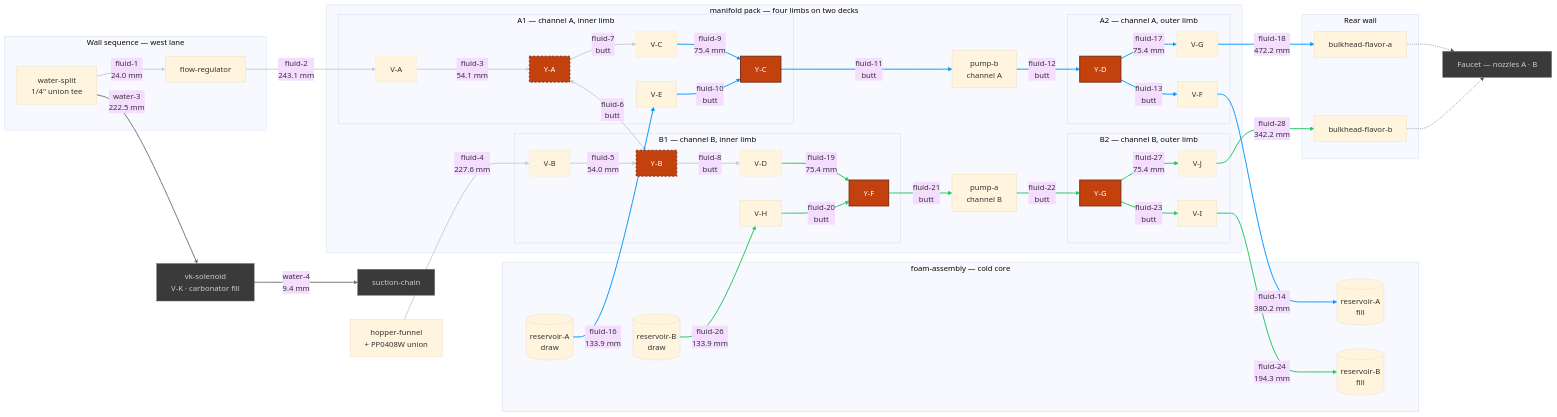
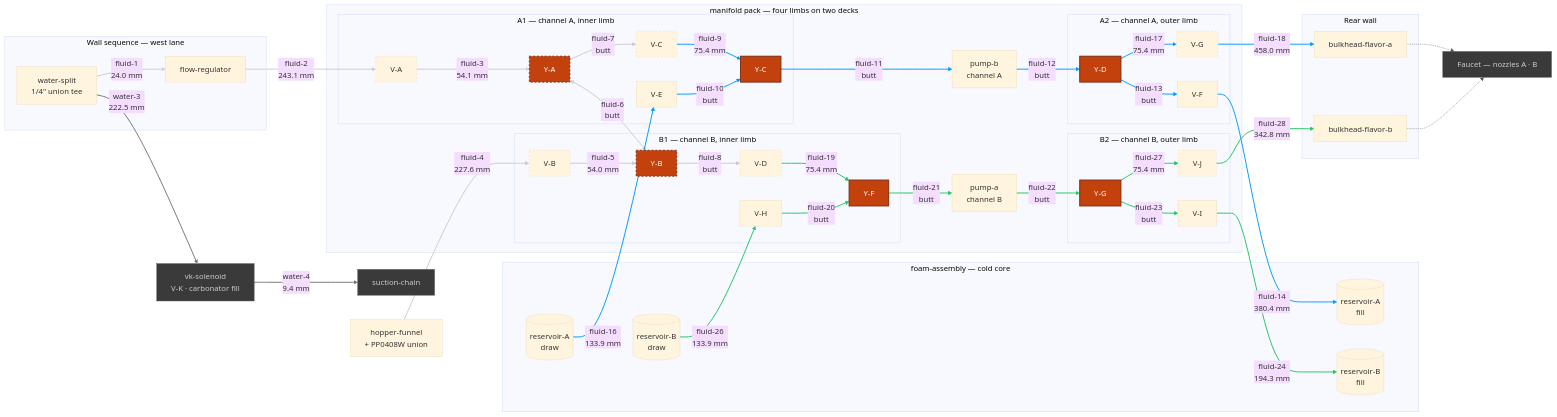
The diagram in hardware/topology/fluid-topology-manifold.mmd (derekbreden/homesodamachine), drawn with Mermaid (base theme) before and after one commit. The commit also changed 43 other files, not shown here.

```diff
--- a/hardware/topology/fluid-topology-manifold.mmd
+++ b/hardware/topology/fluid-topology-manifold.mmd
@@ -14,8 +14,8 @@
   %% [26](SEGMENT_COUNT) flavor segments. [11](BUTT_COUNT) are collet butted to collet and carry
   %% no tube at all; [9](DRAWN_COUNT) are swept runs between placed bodies; the rest are the
   %% hinge's four hairpins and the source pair's two quarter-and-step turns. What is cut comes to
-  %% [2561.1 mm](FLUID_TOTAL) of 1/4" LLDPE over [47](FLUID_BENDS) corners, and the longest is
-  %% [fluid-18](LONGEST_ID) at [472.2 mm](LONGEST_LEN). [0](OPEN_COUNT) are mouths with nothing
+  %% [2547.8 mm](FLUID_TOTAL) of 1/4" LLDPE over [47](FLUID_BENDS) corners, and the longest is
+  %% [fluid-18](LONGEST_ID) at [458.0 mm](LONGEST_LEN). [0](OPEN_COUNT) are mouths with nothing
   %% on the far end of them: EVERY FLAVOR SEGMENT IN THIS CHART IS MADE. The hopper's gravity
   %% drain is drawn like the rest — the funnel is seated in the box rather than placed in the
   %% pack, so `fluid-4` is authored after the box exists, off the same frames.
@@ -138,10 +138,10 @@
   YC -->|"fluid-11<br/>butt"| PB
   PB -->|"fluid-12<br/>butt"| YD
   YD -->|"fluid-13<br/>butt"| VF
-  VF -->|"fluid-14<br/>380.2 mm"| ResAFill
+  VF -->|"fluid-14<br/>380.4 mm"| ResAFill
   ResA -->|"fluid-16<br/>133.9 mm"| VE
   YD -->|"fluid-17<br/>75.4 mm"| VG
-  VG -->|"fluid-18<br/>472.2 mm"| BhA
+  VG -->|"fluid-18<br/>458.0 mm"| BhA
 
   %% =========================
   %% Channel B — fluid-19 … fluid-28
@@ -157,7 +157,7 @@
   VI -->|"fluid-24<br/>194.3 mm"| ResBFill
   ResB -->|"fluid-26<br/>133.9 mm"| VH
   YG -->|"fluid-27<br/>75.4 mm"| VJ
-  VJ -->|"fluid-28<br/>342.2 mm"| BhB
+  VJ -->|"fluid-28<br/>342.8 mm"| BhB
 
   %% =========================
   %% V-K's own two runs — the carbonator circuit, through this bay
```
